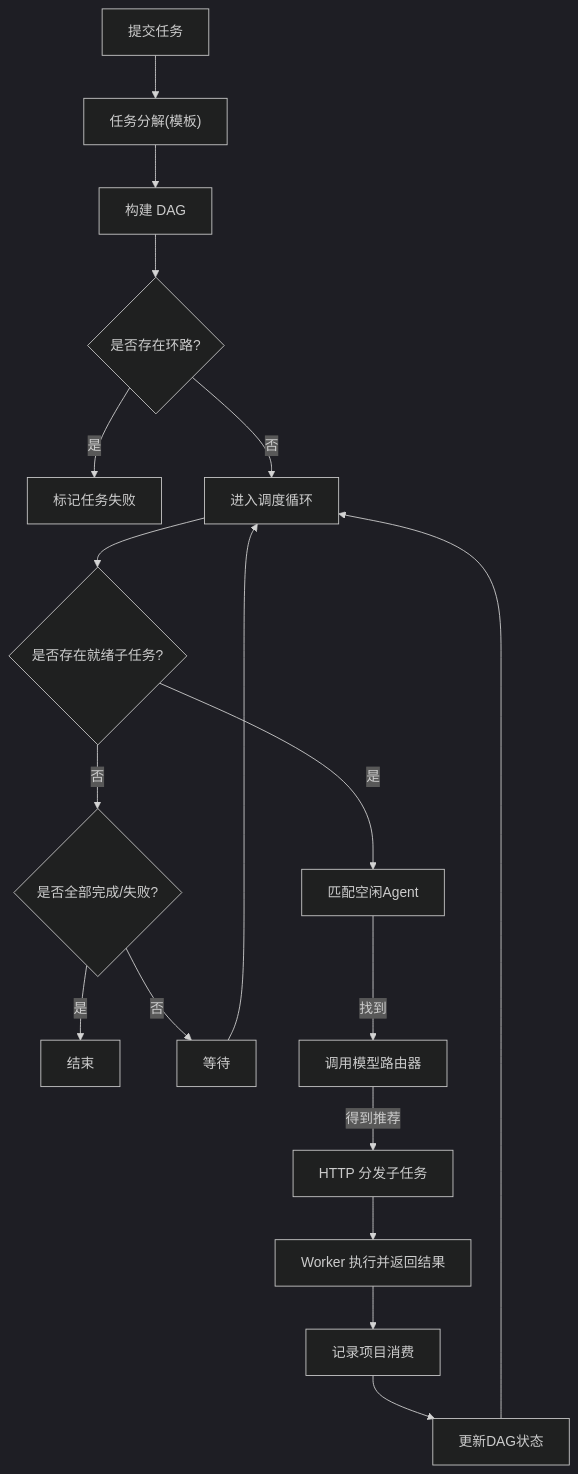
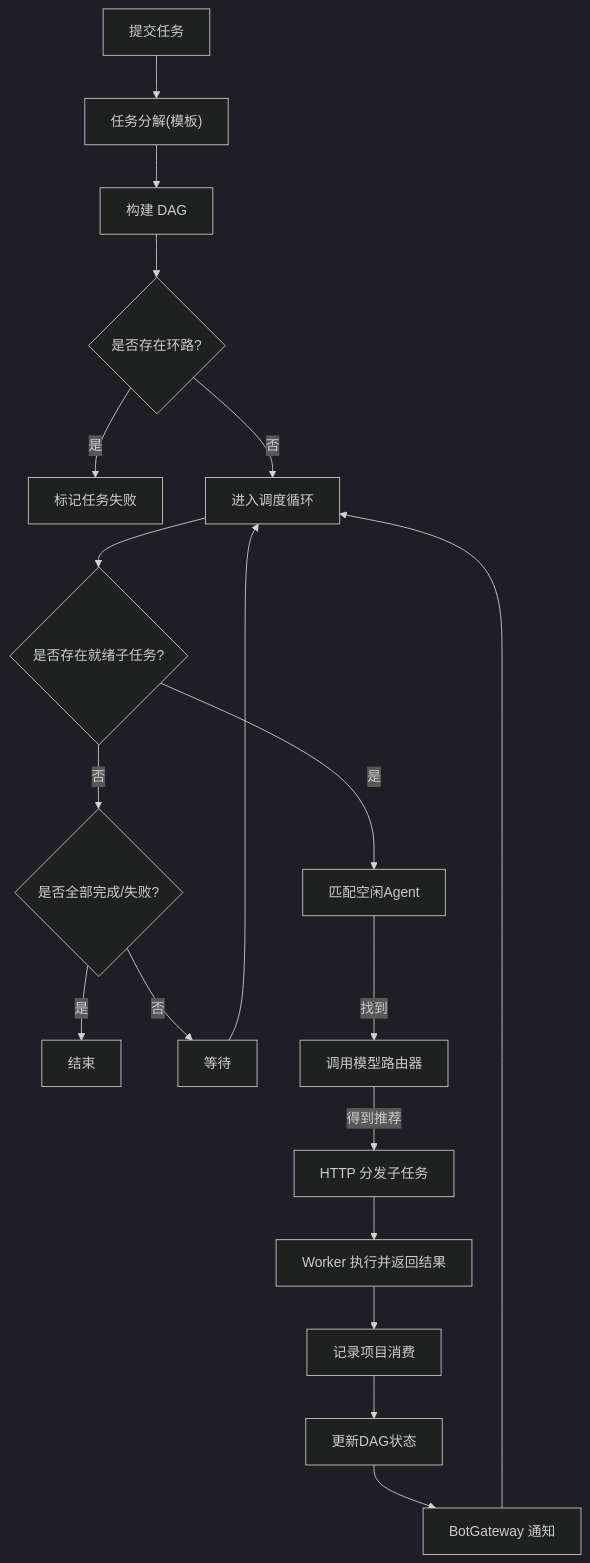
Before and after one commit to targalian/Personal-distributed-workstation: the fifth of 12 diagrams in .qoder/repowiki/zh/content/核心模块/核心模块.md, drawn with Mermaid (dark theme). The commit also changed other lines of this file and 85 other files, not shown here.

````diff
--- a/.qoder/repowiki/zh/content/核心模块/核心模块.md
+++ b/.qoder/repowiki/zh/content/核心模块/核心模块.md
@@ -379,19 +396,20 @@
 ```mermaid
 flowchart TD
 S["提交任务"] --> D["任务分解(模板)"]
 D --> G["构建 DAG"]
 G --> CY{"是否存在环路?"}
 CY --> |是| FAIL["标记任务失败"]
 CY --> |否| RUN["进入调度循环"]
 RUN --> RDY{"是否存在就绪子任务?"}
 RDY --> |否| COMP{"是否全部完成/失败?"}
 COMP --> |是| END["结束"]
 COMP --> |否| WAIT["等待"] --> RUN
 RDY --> |是| MATCH["匹配空闲Agent"]
 MATCH --> |找到| ROUTE["调用模型路由器"]
 ROUTE --> |得到推荐| DISPATCH["HTTP 分发子任务"]
 DISPATCH --> EXEC["Worker 执行并返回结果"]
 EXEC --> USAGE["记录项目消费"]
 USAGE --> UPDATE["更新DAG状态"]
-UPDATE --> RUN
+UPDATE --> BOT["BotGateway 通知"]
+BOT --> RUN
 ```
````
